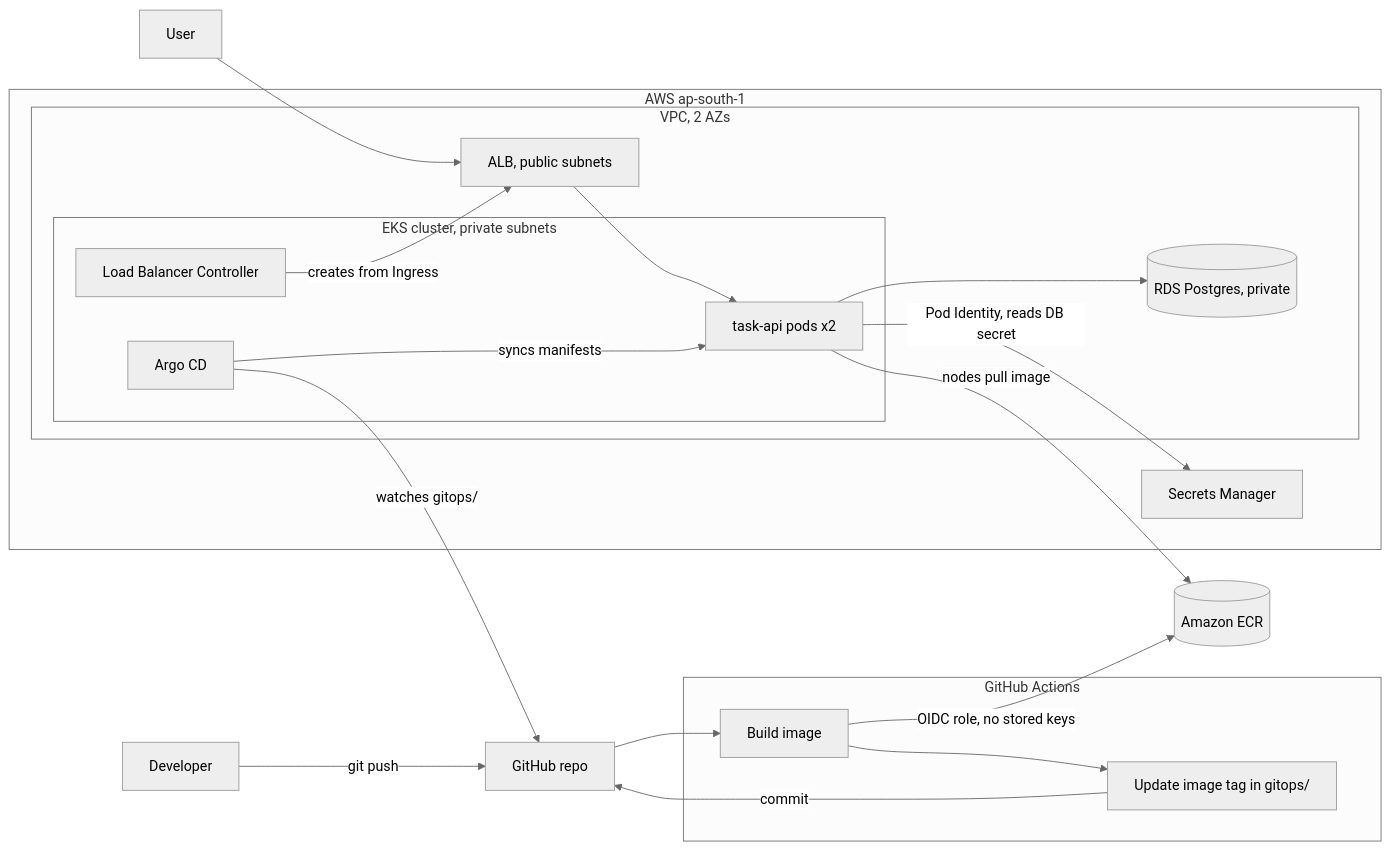
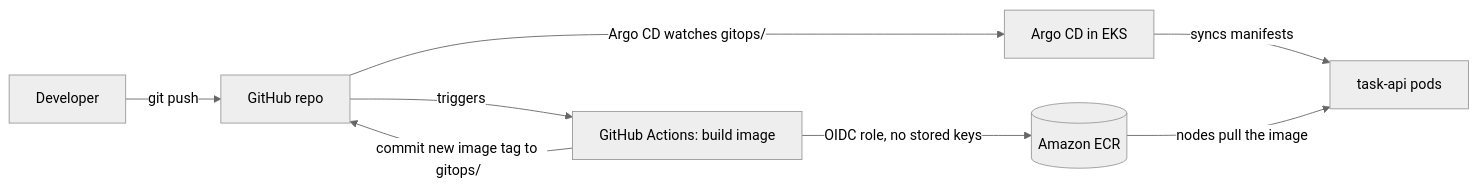
The first of 2 diagrams in docs/architecture.md (dhruvpatwa16/eks-platform), drawn with Mermaid (neutral theme) before and after one commit. The commit also changed other lines of this file, not shown here.

Commit message:
docs: split architecture into delivery and runtime diagrams

````diff
--- a/docs/architecture.md
+++ b/docs/architecture.md
@@ -3,33 +5,10 @@
 ```mermaid
 flowchart LR
   dev["Developer"] -->|git push| gh["GitHub repo"]
-
-  subgraph CI["GitHub Actions"]
-    build["Build image"] --> tag["Update image tag in gitops/"]
-  end
-
-  gh --> build
-  tag -->|commit| gh
+  gh -->|triggers| build["GitHub Actions: build image"]
   build -->|OIDC role, no stored keys| ecr[("Amazon ECR")]
-
-  subgraph AWS["AWS ap-south-1"]
-    subgraph VPC["VPC, 2 AZs"]
-      alb["ALB, public subnets"]
-      subgraph EKS["EKS cluster, private subnets"]
-        lbc["Load Balancer Controller"]
-        argo["Argo CD"]
-        pods["task-api pods x2"]
-      end
-      rds[("RDS Postgres, private")]
-    end
-    sm["Secrets Manager"]
-  end
-
-  user["User"] --> alb --> pods
-  lbc -->|creates from Ingress| alb
-  argo -->|watches gitops/| gh
-  argo -->|syncs manifests| pods
-  pods -->|nodes pull image| ecr
-  pods -->|Pod Identity, reads DB secret| sm
-  pods --> rds
+  build -->|commit new image tag to gitops/| gh
+  gh -->|Argo CD watches gitops/| argo["Argo CD in EKS"]
+  argo -->|syncs manifests| pods["task-api pods"]
+  ecr -->|nodes pull the image| pods
 ```
````
